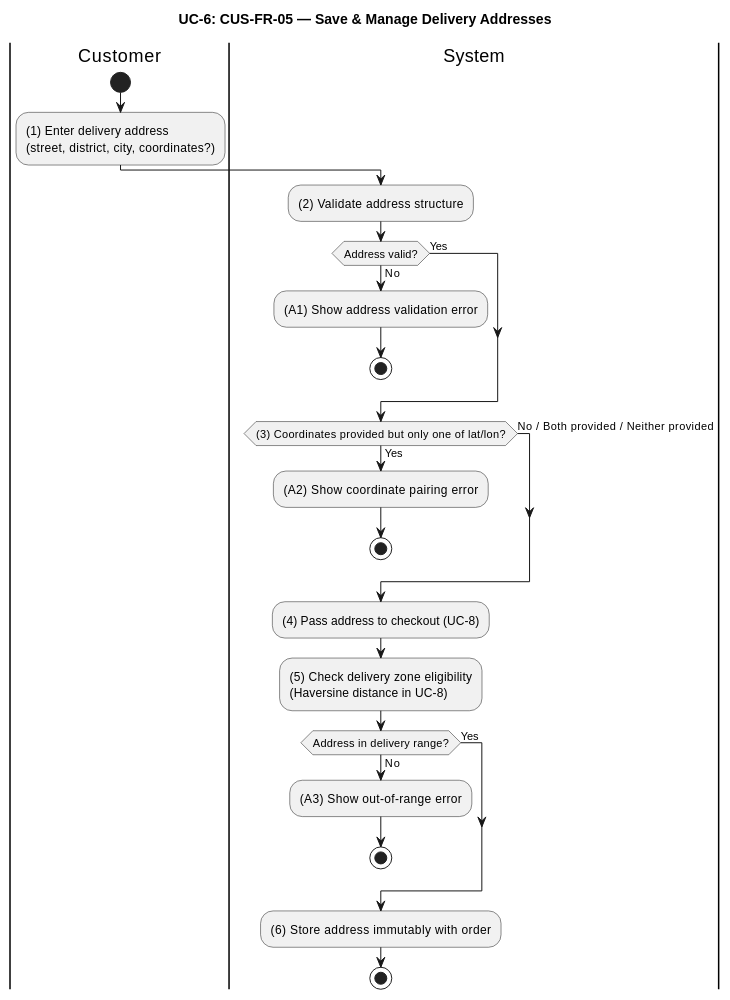
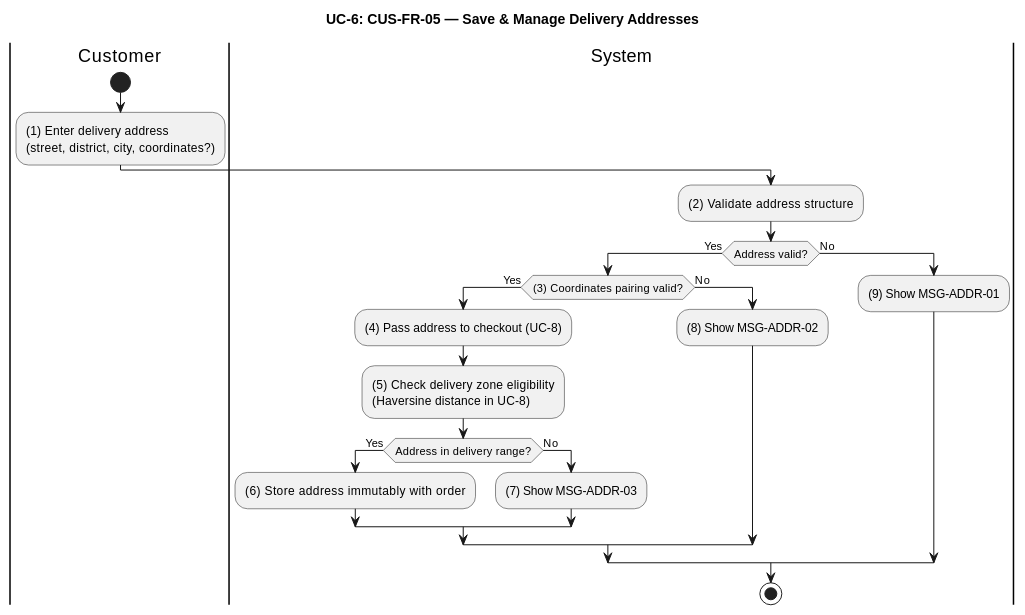
The sixth of 10 diagrams in apps/api/docs/Final_Documents/SRS_FoodDelivery.md (luubinhdeptrai/Food_Delivery), drawn with PlantUML before and after one commit. The commit also changed other lines of this file and 1 other file, not shown here.

````diff
--- a/apps/api/docs/Final_Documents/SRS_FoodDelivery.md
+++ b/apps/api/docs/Final_Documents/SRS_FoodDelivery.md
@@ -441,36 +462,29 @@
 ```plantuml
 @startuml UC6-Delivery-Addresses
 title UC-6: CUS-FR-05 — Save & Manage Delivery Addresses
 skinparam ConditionEndStyle hline
 
 |Customer|
 start
 :(1) Enter delivery address\n(street, district, city, coordinates?);
 
 |System|
 :(2) Validate address structure;
-if (Address valid?) then (No)
-  :(A1) Show address validation error;
-  stop
-else (Yes)
+if (Address valid?) then (Yes)
+  if ((3) Coordinates pairing valid?) then (Yes)
+    :(4) Pass address to checkout (UC-8);
+    :(5) Check delivery zone eligibility\n(Haversine distance in UC-8);
+    if (Address in delivery range?) then (Yes)
+      :(6) Store address immutably with order;
+    else (No)
+      :(7) Show MSG-ADDR-03;
+    endif
+  else (No)
+    :(8) Show MSG-ADDR-02;
+  endif
+else (No)
+  :(9) Show MSG-ADDR-01;
 endif
-
-if ((3) Coordinates provided but only one of lat/lon?) then (Yes)
-  :(A2) Show coordinate pairing error;
-  stop
-else (No / Both provided / Neither provided)
-endif
-
-:(4) Pass address to checkout (UC-8);
-
-:(5) Check delivery zone eligibility\n(Haversine distance in UC-8);
-if (Address in delivery range?) then (No)
-  :(A3) Show out-of-range error;
-  stop
-else (Yes)
-endif
-
-:(6) Store address immutably with order;
 stop
 @enduml
 ```
````
